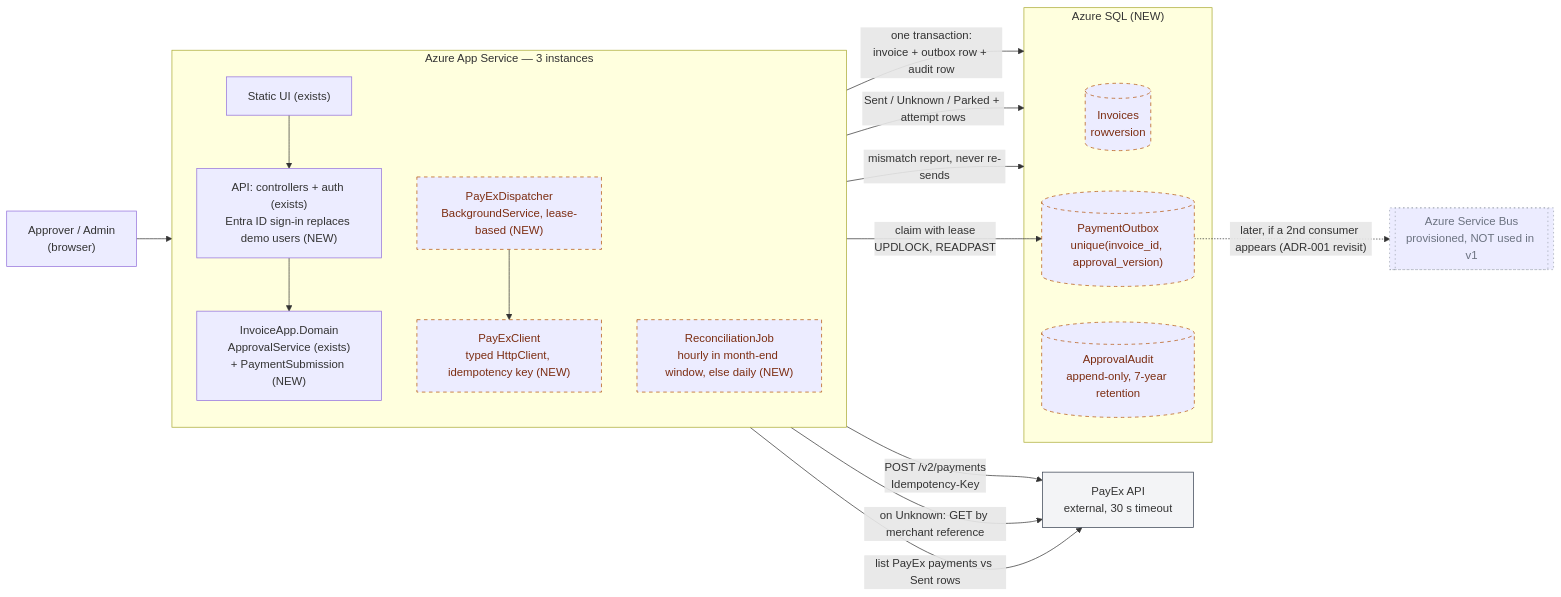
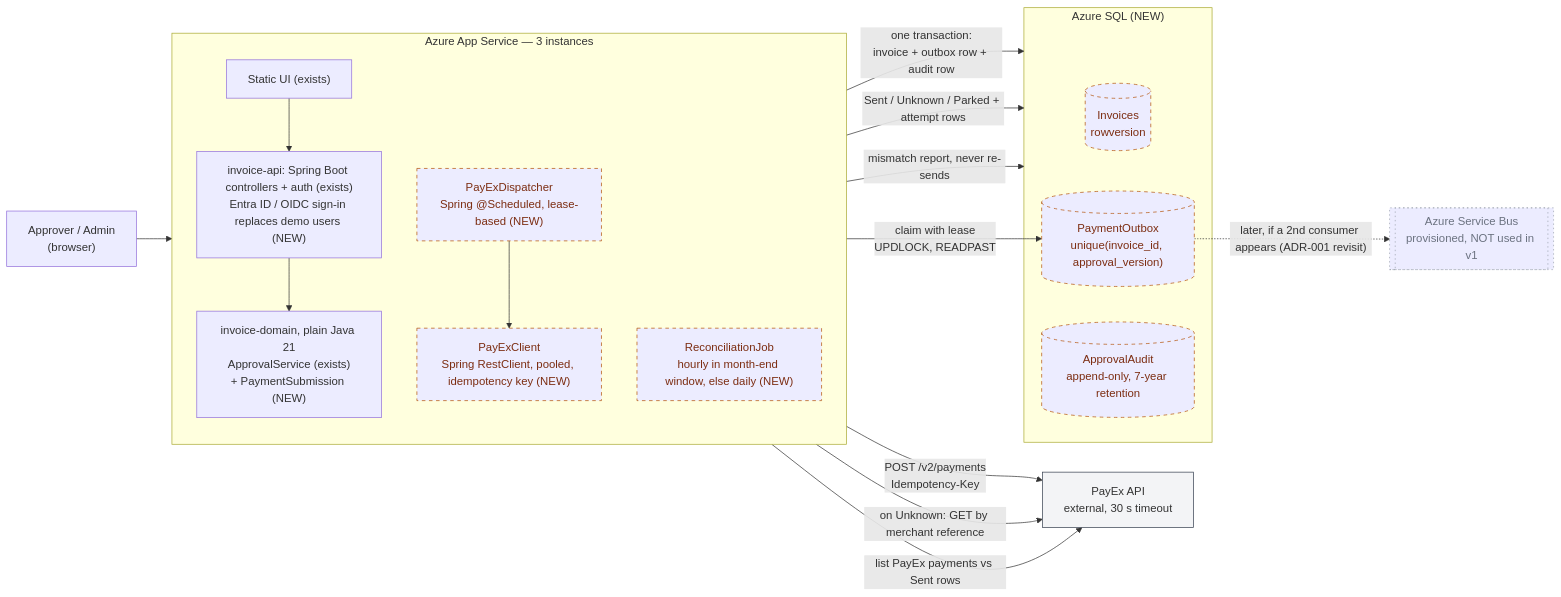
Before and after one commit to aranimondal/invoice-approval-prod-readiness: the first of 2 diagrams in docs/architecture/target-state.md, drawn with Mermaid. The commit also changed other lines of this file and 9 other files, not shown here.

First line of the commit message:
Update architecture docs for the Java port and add rendered diagrams

````diff
--- a/docs/architecture/target-state.md
+++ b/docs/architecture/target-state.md
@@ -9,37 +9,37 @@
 ```mermaid
 flowchart LR
     user["Approver / Admin<br/>(browser)"]
     payex["PayEx API<br/>external, 30 s timeout"]:::external
 
     subgraph app["Azure App Service — 3 instances"]
         direction TB
         ui["Static UI (exists)"]
-        api["API: controllers + auth (exists)<br/>Entra ID sign-in replaces demo users (NEW)"]
-        domain["InvoiceApp.Domain<br/>ApprovalService (exists)<br/>+ PaymentSubmission (NEW)"]
-        disp["PayExDispatcher<br/>BackgroundService, lease-based (NEW)"]:::planned
-        payexc["PayExClient<br/>typed HttpClient, idempotency key (NEW)"]:::planned
+        api["invoice-api: Spring Boot controllers + auth (exists)<br/>Entra ID / OIDC sign-in replaces demo users (NEW)"]
+        domain["invoice-domain, plain Java 21<br/>ApprovalService (exists)<br/>+ PaymentSubmission (NEW)"]
+        disp["PayExDispatcher<br/>Spring @Scheduled, lease-based (NEW)"]:::planned
+        payexc["PayExClient<br/>Spring RestClient, pooled, idempotency key (NEW)"]:::planned
         recon["ReconciliationJob<br/>hourly in month-end window, else daily (NEW)"]:::planned
     end
 
     subgraph sql["Azure SQL (NEW)"]
         inv[("Invoices<br/>rowversion")]:::planned
         outbox[("PaymentOutbox<br/>unique(invoice_id, approval_version)")]:::planned
         audit[("ApprovalAudit<br/>append-only, 7-year retention")]:::planned
     end
 
     sb[["Azure Service Bus<br/>provisioned, NOT used in v1"]]:::unused
 
     user --> ui --> api --> domain
     domain -->|"one transaction:<br/>invoice + outbox row + audit row"| sql
     disp -->|"claim with lease<br/>UPDLOCK, READPAST"| outbox
     disp --> payexc -->|"POST /v2/payments<br/>Idempotency-Key"| payex
     payexc -->|"on Unknown: GET by merchant reference"| payex
     disp -->|"Sent / Unknown / Parked + attempt rows"| sql
     recon -->|"list PayEx payments vs Sent rows"| payex
     recon -->|"mismatch report, never re-sends"| sql
     outbox -. "later, if a 2nd consumer appears (ADR-001 revisit)" .-> sb
 
     classDef planned stroke-dasharray: 5 5,stroke:#b45309,color:#7c2d12;
     classDef external fill:#f3f4f6,stroke:#374151;
     classDef unused stroke-dasharray: 2 4,stroke:#9ca3af,color:#6b7280;
 ```
````
